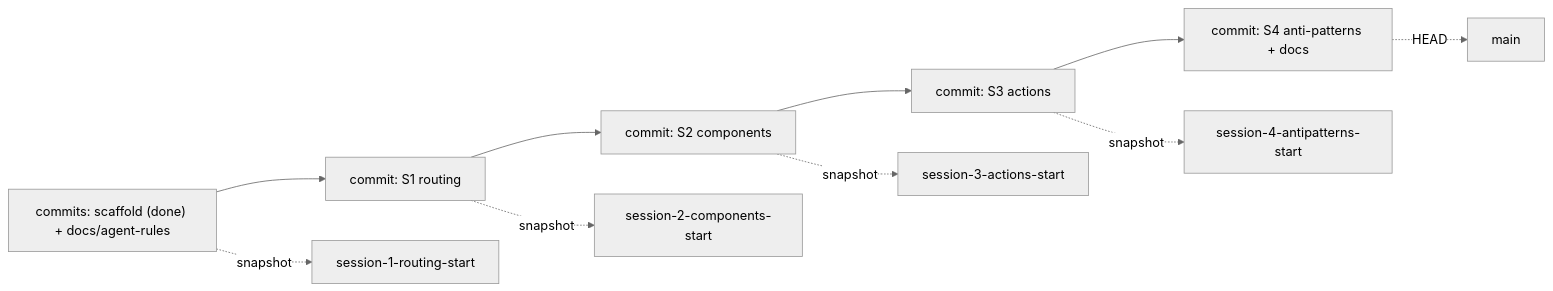
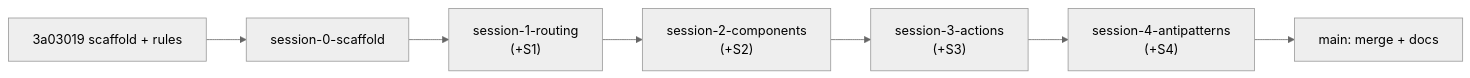
Before and after one commit to adheepgeorge/nextjs-16-training-2026: the diagram in .cursor/plans/nextjs16_training_repo_a049a6ea.plan.md, drawn with Mermaid (neutral theme). The commit also changed other lines of this file and 19 other files, not shown here.

First line of the commit message:
Add Session 1 routing demos: nav hub, blog, layout-demo

````diff
--- a/.cursor/plans/nextjs16_training_repo_a049a6ea.plan.md
+++ b/.cursor/plans/nextjs16_training_repo_a049a6ea.plan.md
@@ -56,12 +73,9 @@
 ```mermaid
 flowchart LR
-  c0["commits: scaffold (done) + docs/agent-rules"] --> c1["commit: S1 routing"]
-  c1 --> c2["commit: S2 components"]
-  c2 --> c3["commit: S3 actions"]
-  c3 --> c4["commit: S4 anti-patterns + docs"]
-  c0 -.snapshot.-> b1["session-1-routing-start"]
-  c1 -.snapshot.-> b2["session-2-components-start"]
-  c2 -.snapshot.-> b3["session-3-actions-start"]
-  c3 -.snapshot.-> b4["session-4-antipatterns-start"]
-  c4 -.HEAD.-> main["main"]
+  c0["3a03019 scaffold + rules"] --> b0["session-0-scaffold"]
+  b0 --> b1["session-1-routing\n(+S1)"]
+  b1 --> b2["session-2-components\n(+S2)"]
+  b2 --> b3["session-3-actions\n(+S3)"]
+  b3 --> b4["session-4-antipatterns\n(+S4)"]
+  b4 --> m["main: merge + docs"]
 ```
````
